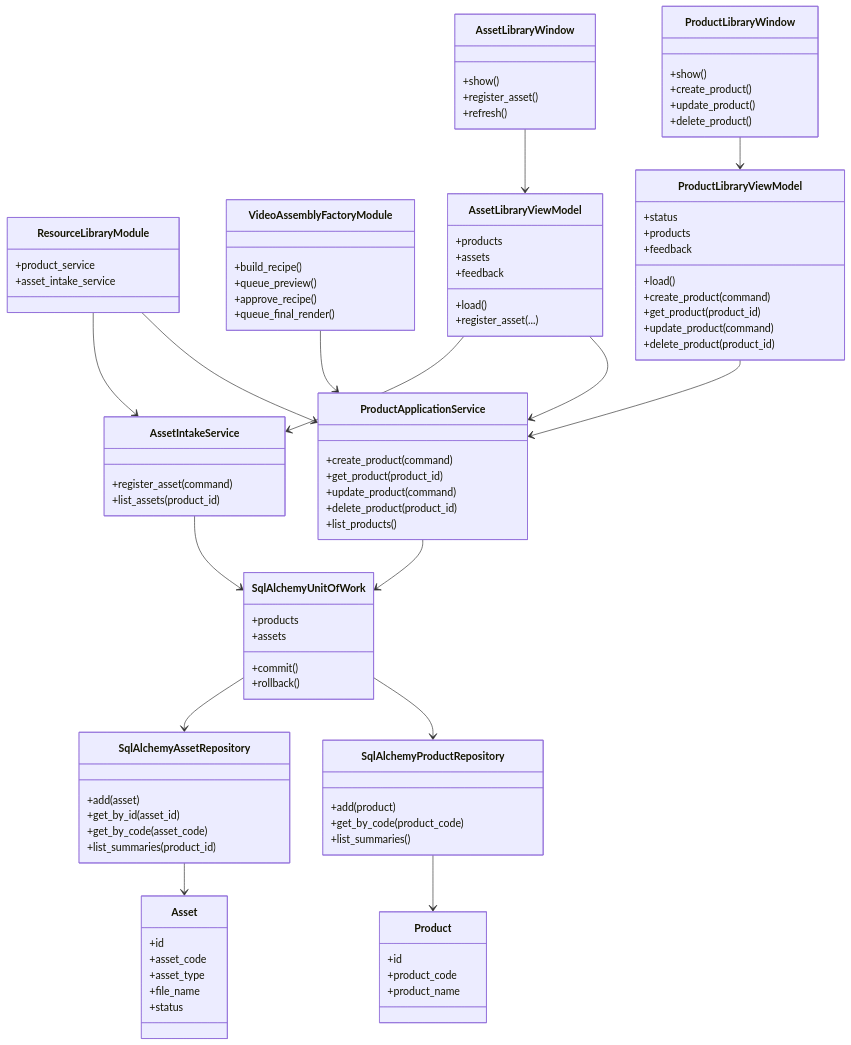
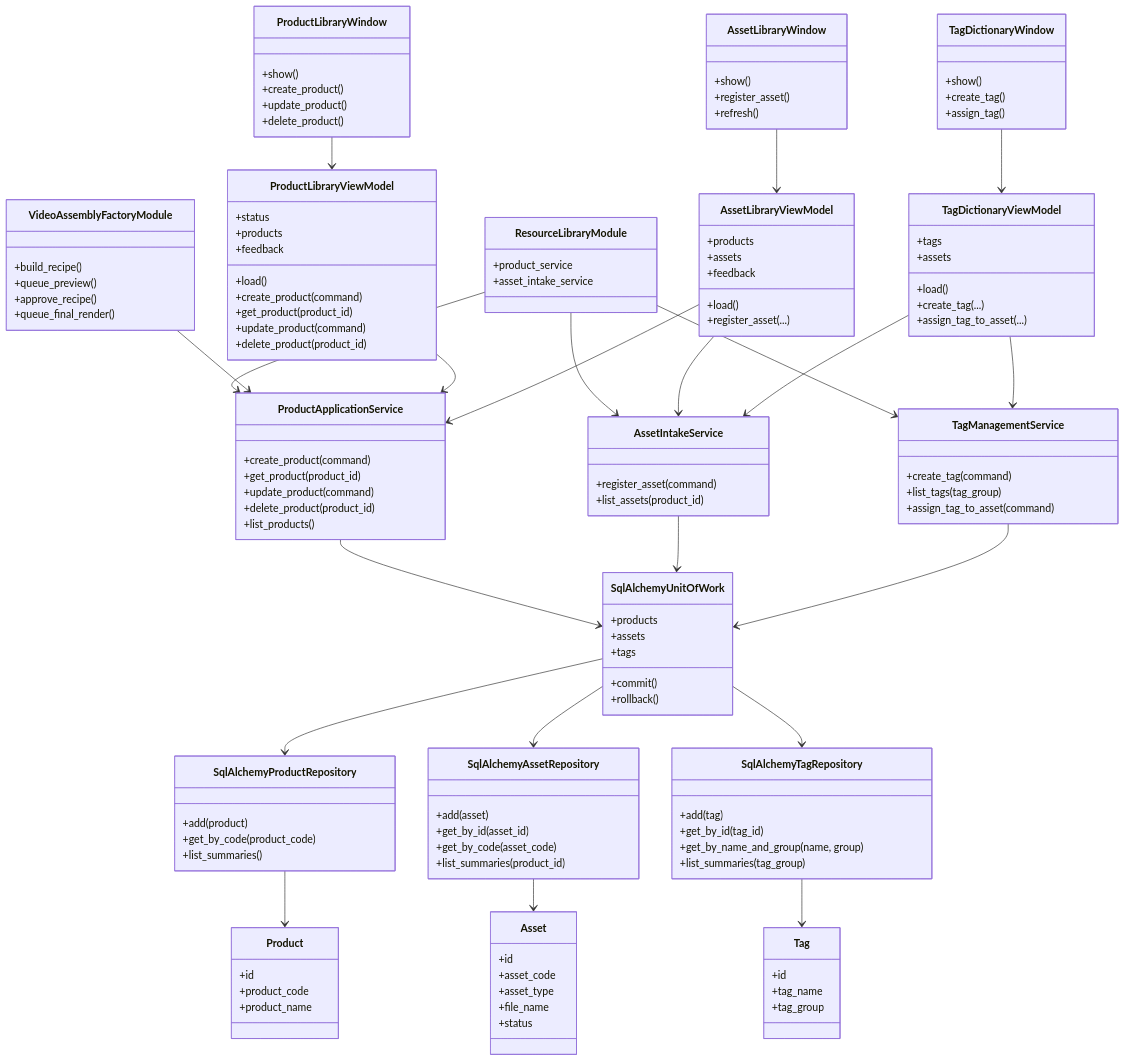
The third of 7 diagrams in doc/10_UML_System_Overview.md (idev006/MTClipFactory), drawn with Mermaid before and after one commit. The commit also changed other lines of this file and 34 other files, not shown here.

Commit message:
Add ffmpeg-backed taggable asset library workflow

````diff
--- a/doc/10_UML_System_Overview.md
+++ b/doc/10_UML_System_Overview.md
@@ -56,6 +56,12 @@
         +refresh()
     }
 
+    class TagDictionaryWindow {
+        +show()
+        +create_tag()
+        +assign_tag()
+    }
+
     class ProductLibraryViewModel {
         +load()
         +create_product(command)
@@ -75,6 +81,14 @@
         +feedback
     }
 
+    class TagDictionaryViewModel {
+        +load()
+        +create_tag(...)
+        +assign_tag_to_asset(...)
+        +tags
+        +assets
+    }
+
     class ProductApplicationService {
         +create_product(command)
         +get_product(product_id)
@@ -88,9 +102,16 @@
         +list_assets(product_id)
     }
 
+    class TagManagementService {
+        +create_tag(command)
+        +list_tags(tag_group)
+        +assign_tag_to_asset(command)
+    }
+
     class SqlAlchemyUnitOfWork {
         +products
         +assets
+        +tags
         +commit()
         +rollback()
     }
@@ -108,6 +129,13 @@
         +list_summaries(product_id)
     }
 
+    class SqlAlchemyTagRepository {
+        +add(tag)
+        +get_by_id(tag_id)
+        +get_by_name_and_group(name, group)
+        +list_summaries(tag_group)
+    }
+
     class Product {
         +id
         +product_code
@@ -122,18 +150,31 @@
         +status
     }
 
+    class Tag {
+        +id
+        +tag_name
+        +tag_group
+    }
+
     ProductLibraryWindow --> ProductLibraryViewModel
     AssetLibraryWindow --> AssetLibraryViewModel
+    TagDictionaryWindow --> TagDictionaryViewModel
     ResourceLibraryModule --> ProductApplicationService
     ResourceLibraryModule --> AssetIntakeService
+    ResourceLibraryModule --> TagManagementService
     VideoAssemblyFactoryModule --> ProductApplicationService
     ProductLibraryViewModel --> ProductApplicationService
     AssetLibraryViewModel --> ProductApplicationService
     AssetLibraryViewModel --> AssetIntakeService
+    TagDictionaryViewModel --> TagManagementService
+    TagDictionaryViewModel --> AssetIntakeService
     ProductApplicationService --> SqlAlchemyUnitOfWork
     AssetIntakeService --> SqlAlchemyUnitOfWork
+    TagManagementService --> SqlAlchemyUnitOfWork
     SqlAlchemyUnitOfWork --> SqlAlchemyProductRepository
     SqlAlchemyUnitOfWork --> SqlAlchemyAssetRepository
+    SqlAlchemyUnitOfWork --> SqlAlchemyTagRepository
     SqlAlchemyProductRepository --> Product
     SqlAlchemyAssetRepository --> Asset
+    SqlAlchemyTagRepository --> Tag
 ```
````
